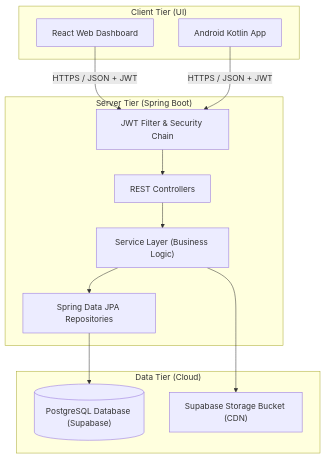
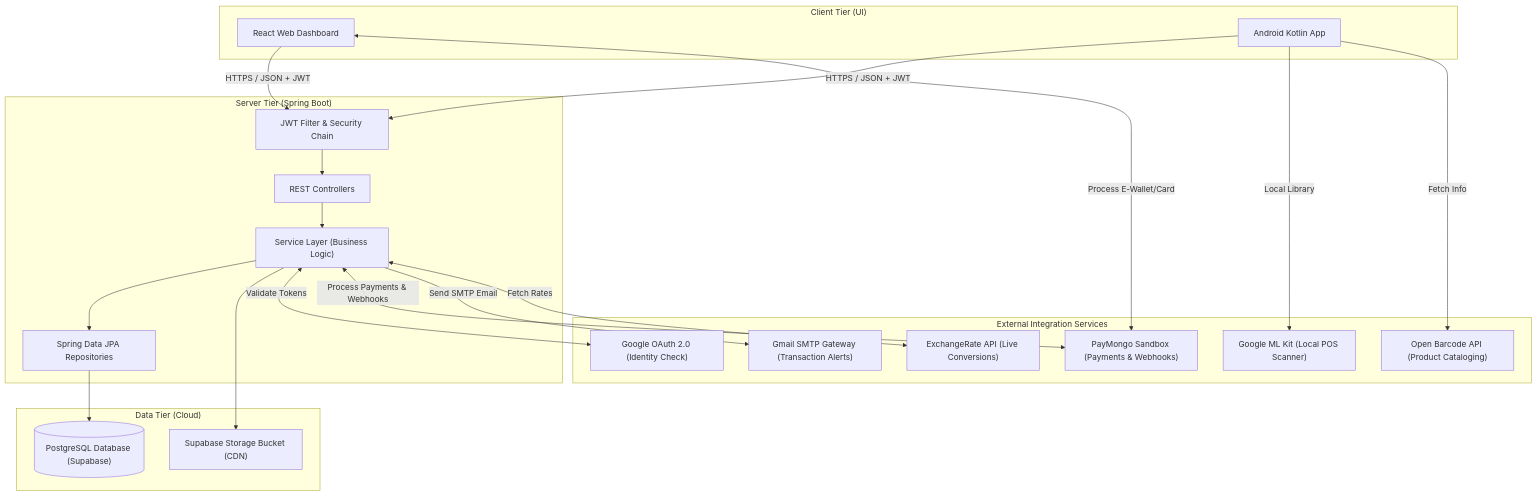
The diagram in README.md (christian-tapales/IT342-Tapales-SariTrack), drawn with Mermaid before and after one commit.

Commit message:
docs: include integrated external services in system architecture diagram

````diff
--- a/README.md
+++ b/README.md
@@ -17,27 +17,50 @@
 ```mermaid
 graph TD
     subgraph "Client Tier (UI)"
         Web["React Web Dashboard"]
         Mobile["Android Kotlin App"]
     end
 
     subgraph "Server Tier (Spring Boot)"
         Controller["REST Controllers"]
         Service["Service Layer (Business Logic)"]
         Repo["Spring Data JPA Repositories"]
         Security["JWT Filter & Security Chain"]
     end
 
     subgraph "Data Tier (Cloud)"
         DB[("PostgreSQL Database (Supabase)")]
         Storage["Supabase Storage Bucket (CDN)"]
     end
 
+    subgraph "External Integration Services"
+        PayMongo["PayMongo Sandbox (Payments & Webhooks)"]
+        SMTP["Gmail SMTP Gateway (Transaction Alerts)"]
+        ExchangeRate["ExchangeRate API (Live Conversions)"]
+        GoogleOAuth["Google OAuth 2.0 (Identity Check)"]
+        MLKit["Google ML Kit (Local POS Scanner)"]
+        BarcodeAPI["Open Barcode API (Product Cataloging)"]
+    end
+
+    %% Client Operations
     Web -->|HTTPS / JSON + JWT| Security
     Mobile -->|HTTPS / JSON + JWT| Security
+    Mobile -->|Local Library| MLKit
+    Mobile -->|Fetch Info| BarcodeAPI
+
+    %% Web Payment WebView
+    Web <-->|Process E-Wallet/Card| PayMongo
+
+    %% Internal Server Operations
     Security --> Controller
     Controller --> Service
     Service --> Repo
     Repo --> DB
     Service --> Storage
+
+    %% Integration Flows from Backend Service
+    Service <-->|Validate Tokens| GoogleOAuth
+    Service <-->|Process Payments & Webhooks| PayMongo
+    Service -->|Send SMTP Email| SMTP
+    Service <-->|Fetch Rates| ExchangeRate
 ```
````
